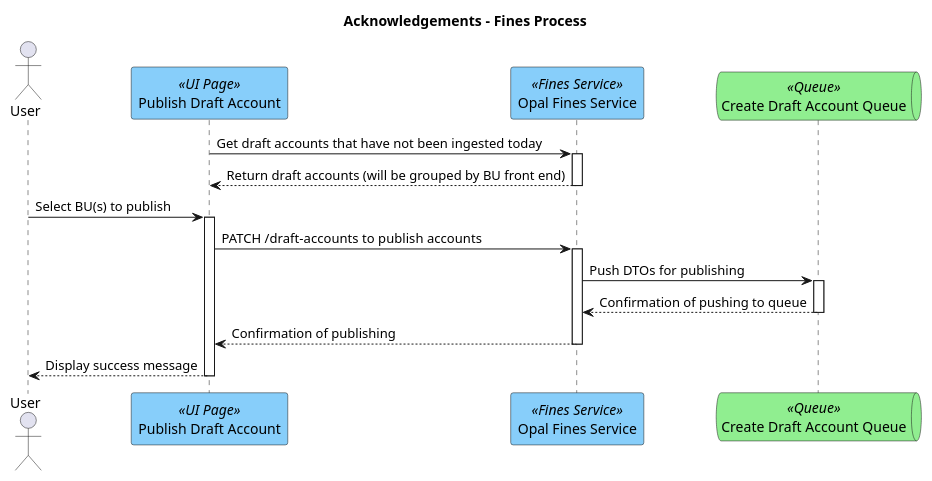
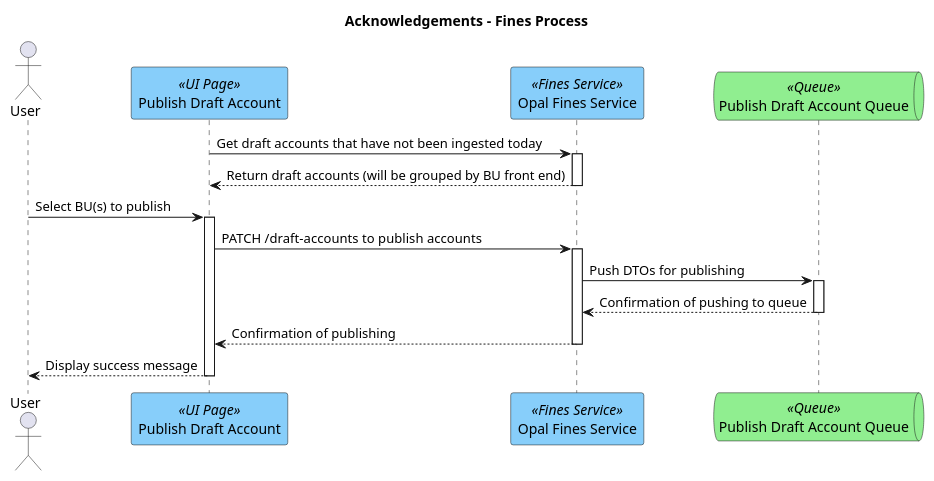
One commit to hmcts/opal-docs changed the diagram in plantUML/external-interfaces/acknowledgements-fines.puml. Above: the diagram before and after it, drawn with PlantUML. The commit also changed 1 other file, not shown here.

Commit message:
Changing "Create Draft Account Queue" to "Publish Draft Account Queue"

```diff
--- a/plantUML/external-interfaces/acknowledgements-fines.puml
+++ b/plantUML/external-interfaces/acknowledgements-fines.puml
@@ -1,16 +1,16 @@
 @startuml
 title Acknowledgements - Fines Process
 actor "User" as user
 participant "Publish Draft Account" as publishDraftAccountsPage <<UI Page>> #lightskyblue
 participant "Opal Fines Service" as finesService <<Fines Service>> #LightSkyBlue
-queue "Create Draft Account Queue" as createDraftAccountQueue <<Queue>> #lightgreen
+queue "Publish Draft Account Queue" as publishDraftAccountQueue <<Queue>> #lightgreen
 
 publishDraftAccountsPage -> finesService ++ : Get draft accounts that have not been ingested today
 finesService --> publishDraftAccountsPage -- : Return draft accounts (will be grouped by BU front end)
 user -> publishDraftAccountsPage ++ : Select BU(s) to publish
 publishDraftAccountsPage -> finesService ++ : PATCH /draft-accounts to publish accounts
-finesService -> createDraftAccountQueue ++ : Push DTOs for publishing
-createDraftAccountQueue --> finesService -- : Confirmation of pushing to queue
+finesService -> publishDraftAccountQueue ++ : Push DTOs for publishing
+publishDraftAccountQueue --> finesService -- : Confirmation of pushing to queue
 finesService --> publishDraftAccountsPage -- : Confirmation of publishing
 publishDraftAccountsPage --> user -- : Display success message
 @enduml
```
